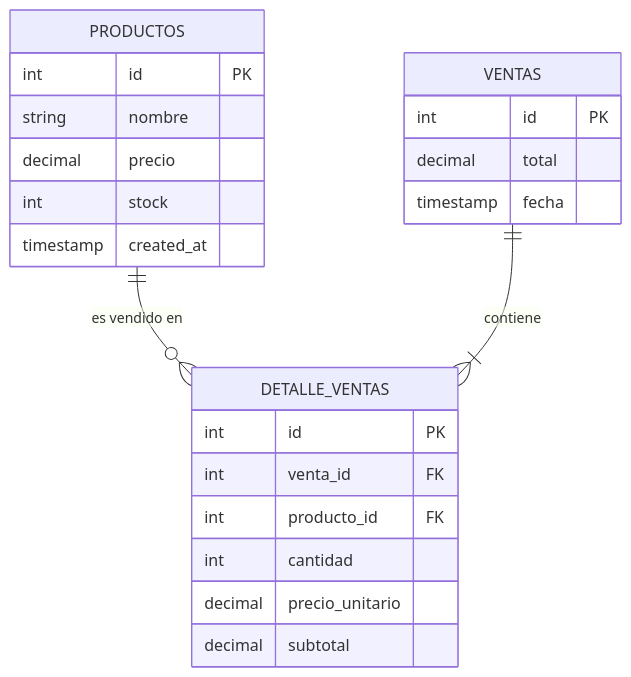
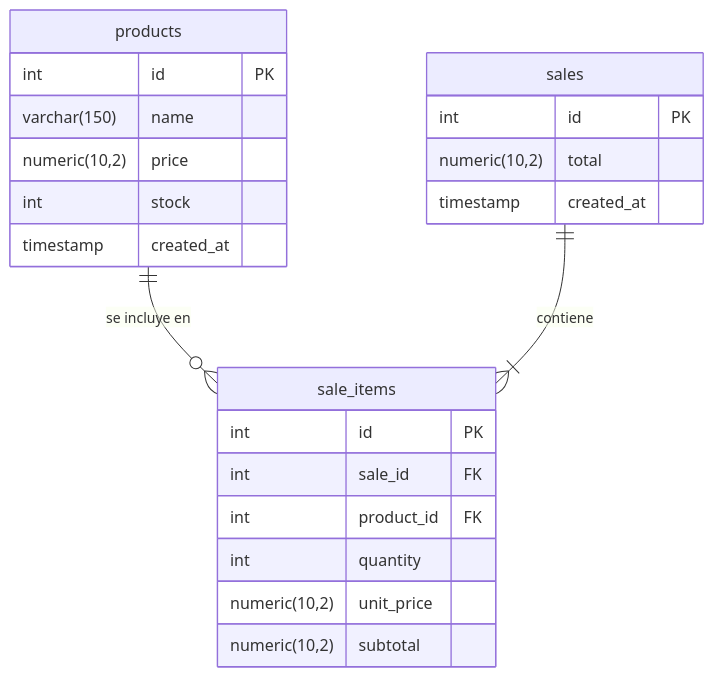
One commit to cristopherce08/Minimarket changed the diagram in docs/contratos-api.md. Above: the diagram before and after it, drawn with Mermaid. The commit also changed other lines of this file and 41 other files, not shown here.

````diff
--- a/docs/contratos-api.md
+++ b/docs/contratos-api.md
@@ -9,28 +9,28 @@
 ```mermaid
 erDiagram
-    PRODUCTOS ||--o{ DETALLE_VENTAS : "es vendido en"
-    VENTAS ||--|{ DETALLE_VENTAS : "contiene"
+    products ||--o{ sale_items : "se incluye en"
+    sales ||--|{ sale_items : "contiene"
 
-    PRODUCTOS {
+    products {
         int id PK
-        string nombre
-        decimal precio
+        varchar(150) name
+        numeric(10,2) price
         int stock
         timestamp created_at
     }
 
-    VENTAS {
+    sales {
         int id PK
-        decimal total
-        timestamp fecha
+        numeric(10,2) total
+        timestamp created_at
     }
 
-    DETALLE_VENTAS {
+    sale_items {
         int id PK
-        int venta_id FK
-        int producto_id FK
-        int cantidad
-        decimal precio_unitario
-        decimal subtotal
+        int sale_id FK
+        int product_id FK
+        int quantity
+        numeric(10,2) unit_price
+        numeric(10,2) subtotal
     }
 ```
````
